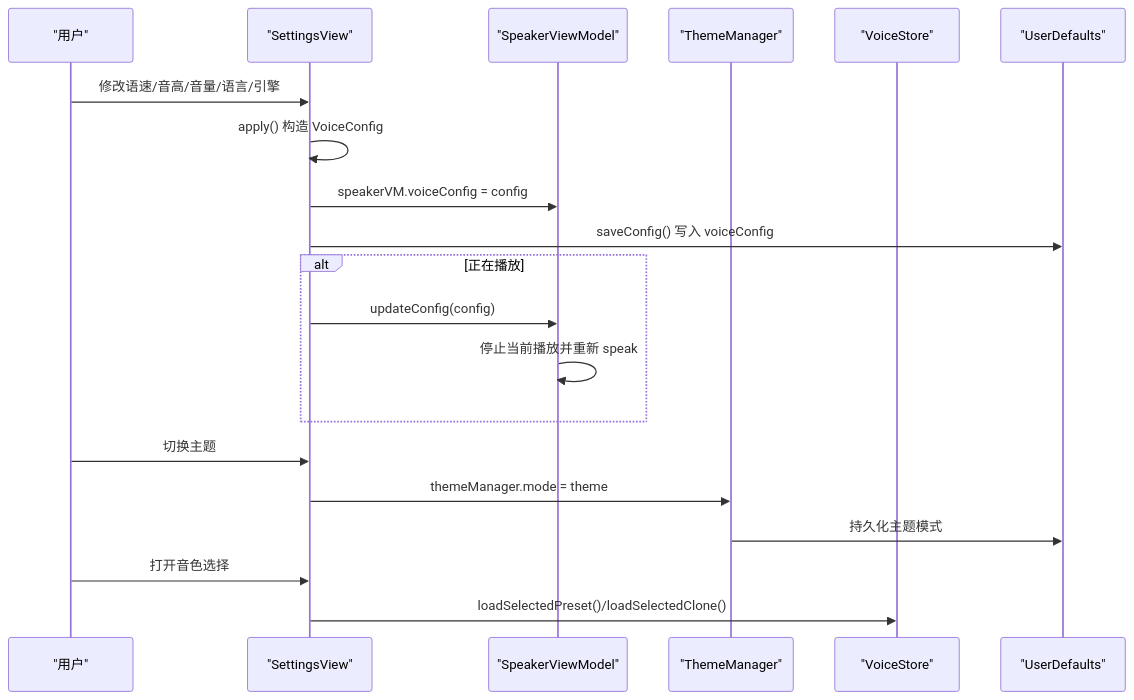
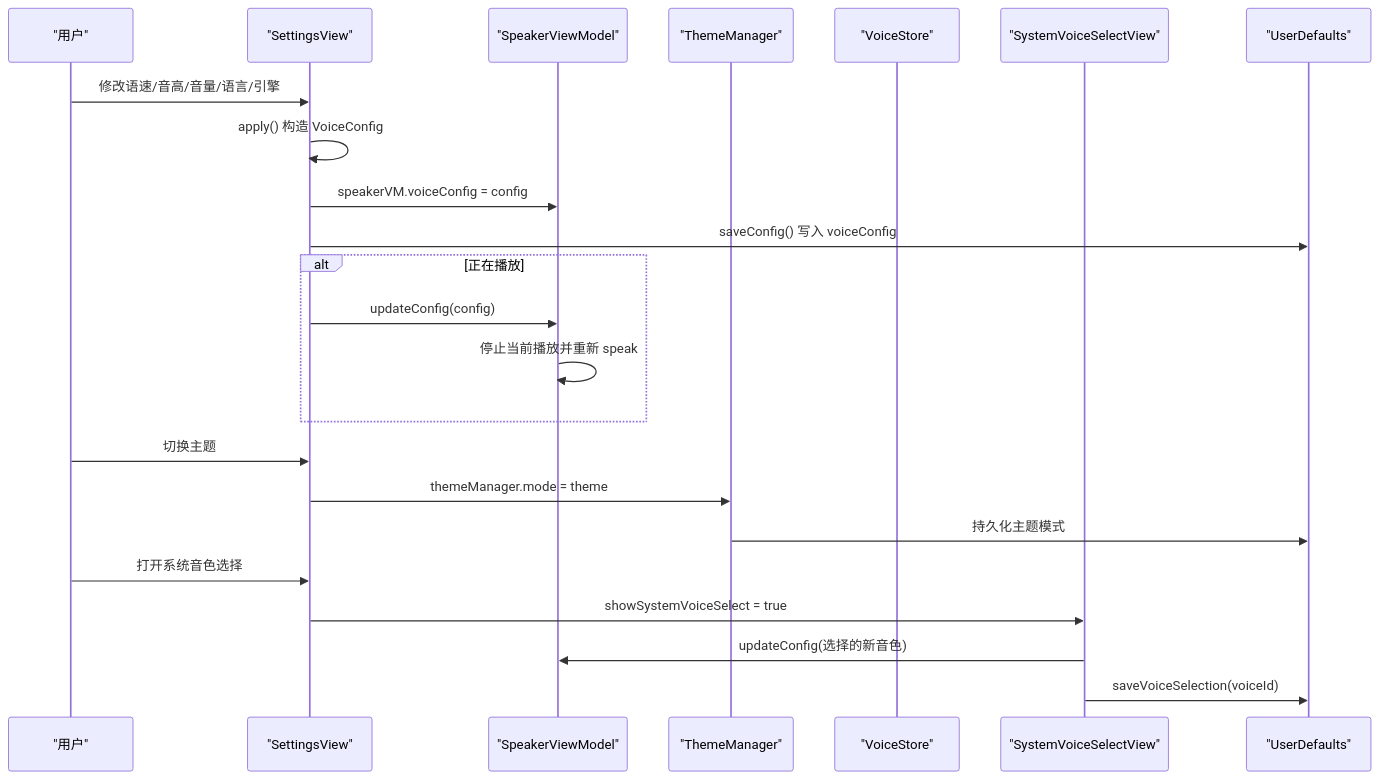
The second of 9 diagrams in .qoder/repowiki/zh/content/用户界面设计/设置界面/设置界面.md (Primoguo/Knowledge), drawn with Mermaid before and after one commit. The commit also changed other lines of this file and 52 other files, not shown here.

````diff
--- a/.qoder/repowiki/zh/content/用户界面设计/设置界面/设置界面.md
+++ b/.qoder/repowiki/zh/content/用户界面设计/设置界面/设置界面.md
@@ -119,22 +137,25 @@
 ```mermaid
 sequenceDiagram
 participant U as "用户"
 participant S as "SettingsView"
 participant VM as "SpeakerViewModel"
 participant TM as "ThemeManager"
 participant VS as "VoiceStore"
+participant SVS as "SystemVoiceSelectView"
 participant UD as "UserDefaults"
 U->>S : 修改语速/音高/音量/语言/引擎
 S->>S : apply() 构造 VoiceConfig
 S->>VM : speakerVM.voiceConfig = config
 S->>UD : saveConfig() 写入 voiceConfig
 alt 正在播放
 S->>VM : updateConfig(config)
 VM->>VM : 停止当前播放并重新 speak
 end
 U->>S : 切换主题
 S->>TM : themeManager.mode = theme
 TM->>UD : 持久化主题模式
-U->>S : 打开音色选择
-S->>VS : loadSelectedPreset()/loadSelectedClone()
+U->>S : 打开系统音色选择
+S->>SVS : showSystemVoiceSelect = true
+SVS->>VM : updateConfig(选择的新音色)
+SVS->>UD : saveVoiceSelection(voiceId)
 ```
````
